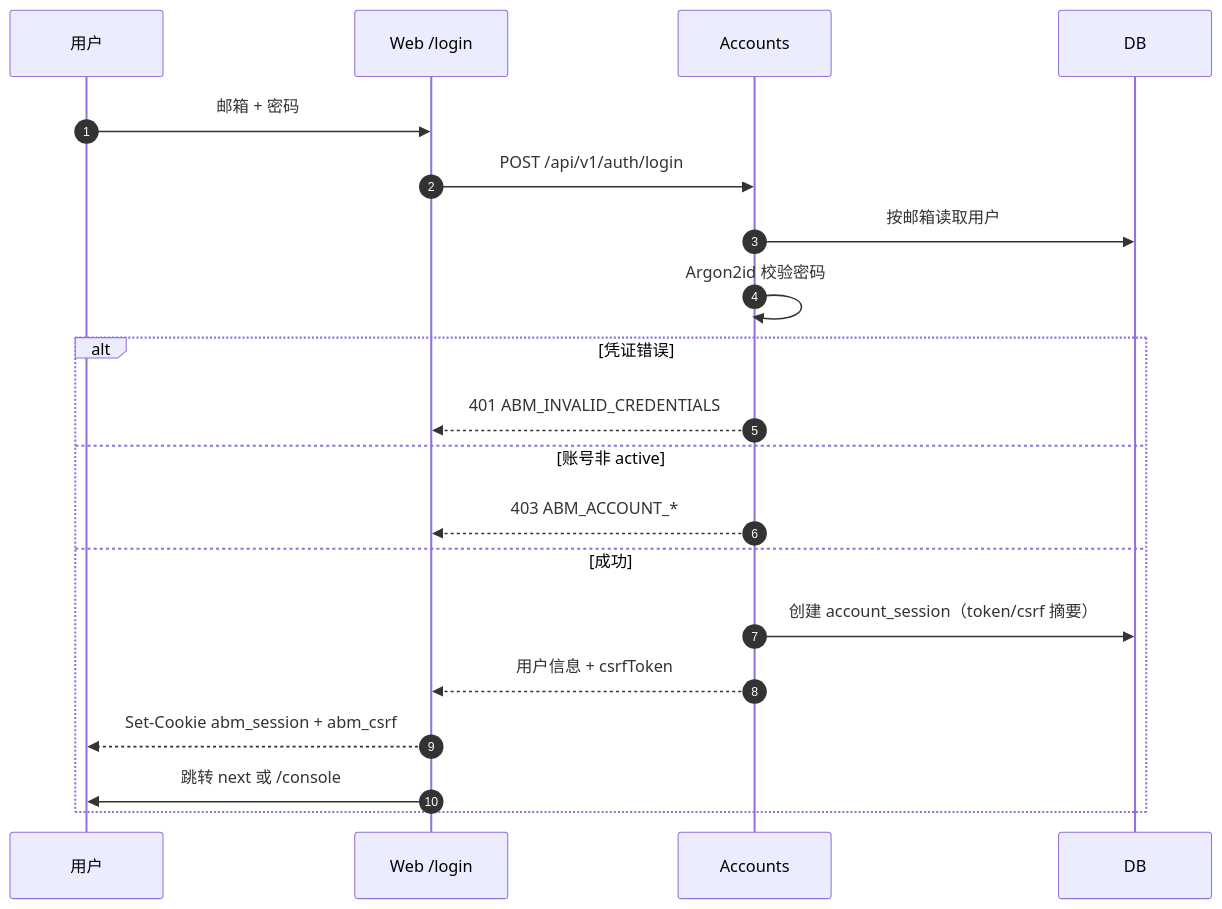
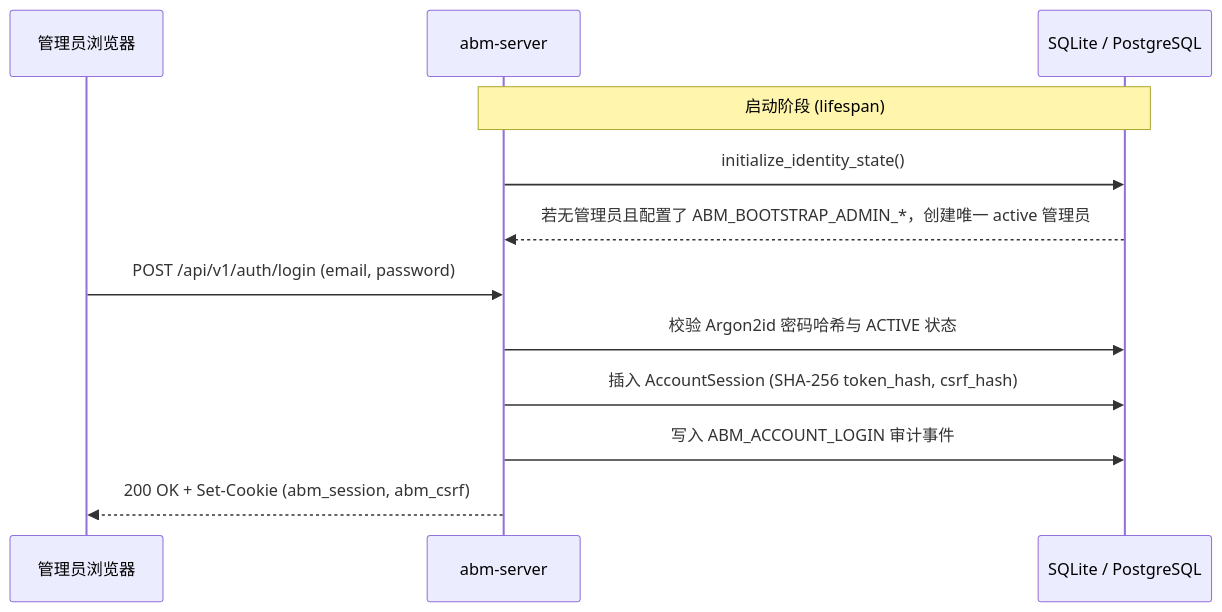
One commit to borgle/abm-server changed the first of 4 diagrams in docs/data-flow.md. Above: the diagram before and after it, drawn with Mermaid. The commit also changed other lines of this file and 90 other files, not shown here.

````diff
--- a/docs/data-flow.md
+++ b/docs/data-flow.md
@@ -65,22 +5,16 @@
 ```mermaid
 sequenceDiagram
-    autonumber
-    participant U as 用户
-    participant W as Web /login
-    participant A as Accounts
-    participant D as DB
-    U->>W: 邮箱 + 密码
-    W->>A: POST /api/v1/auth/login
-    A->>D: 按邮箱读取用户
-    A->>A: Argon2id 校验密码
-    alt 凭证错误
-        A-->>W: 401 ABM_INVALID_CREDENTIALS
-    else 账号非 active
-        A-->>W: 403 ABM_ACCOUNT_*
-    else 成功
-        A->>D: 创建 account_session（token/csrf 摘要）
-        A-->>W: 用户信息 + csrfToken
-        W-->>U: Set-Cookie abm_session + abm_csrf
-        W->>U: 跳转 next 或 /console
-    end
+    participant Admin as 管理员浏览器
+    participant Server as abm-server
+    participant DB as SQLite / PostgreSQL
+
+    Note over Server,DB: 启动阶段 (lifespan)
+    Server->>DB: initialize_identity_state()
+    DB-->>Server: 若无管理员且配置了 ABM_BOOTSTRAP_ADMIN_*，创建唯一 active 管理员
+
+    Admin->>Server: POST /api/v1/auth/login (email, password)
+    Server->>DB: 校验 Argon2id 密码哈希与 ACTIVE 状态
+    Server->>DB: 插入 AccountSession (SHA-256 token_hash, csrf_hash)
+    Server->>DB: 写入 ABM_ACCOUNT_LOGIN 审计事件
+    Server-->>Admin: 200 OK + Set-Cookie (abm_session, abm_csrf)
 ```
````
